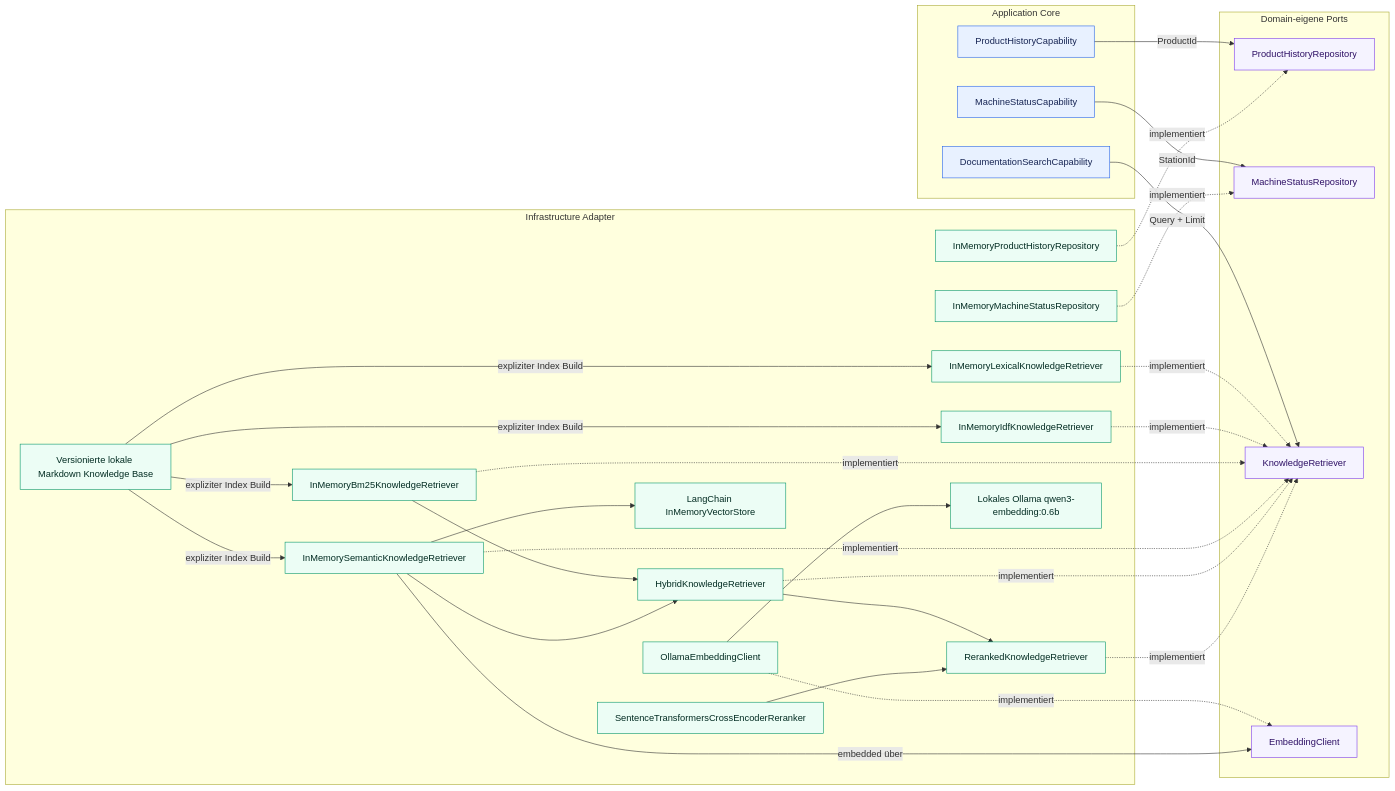
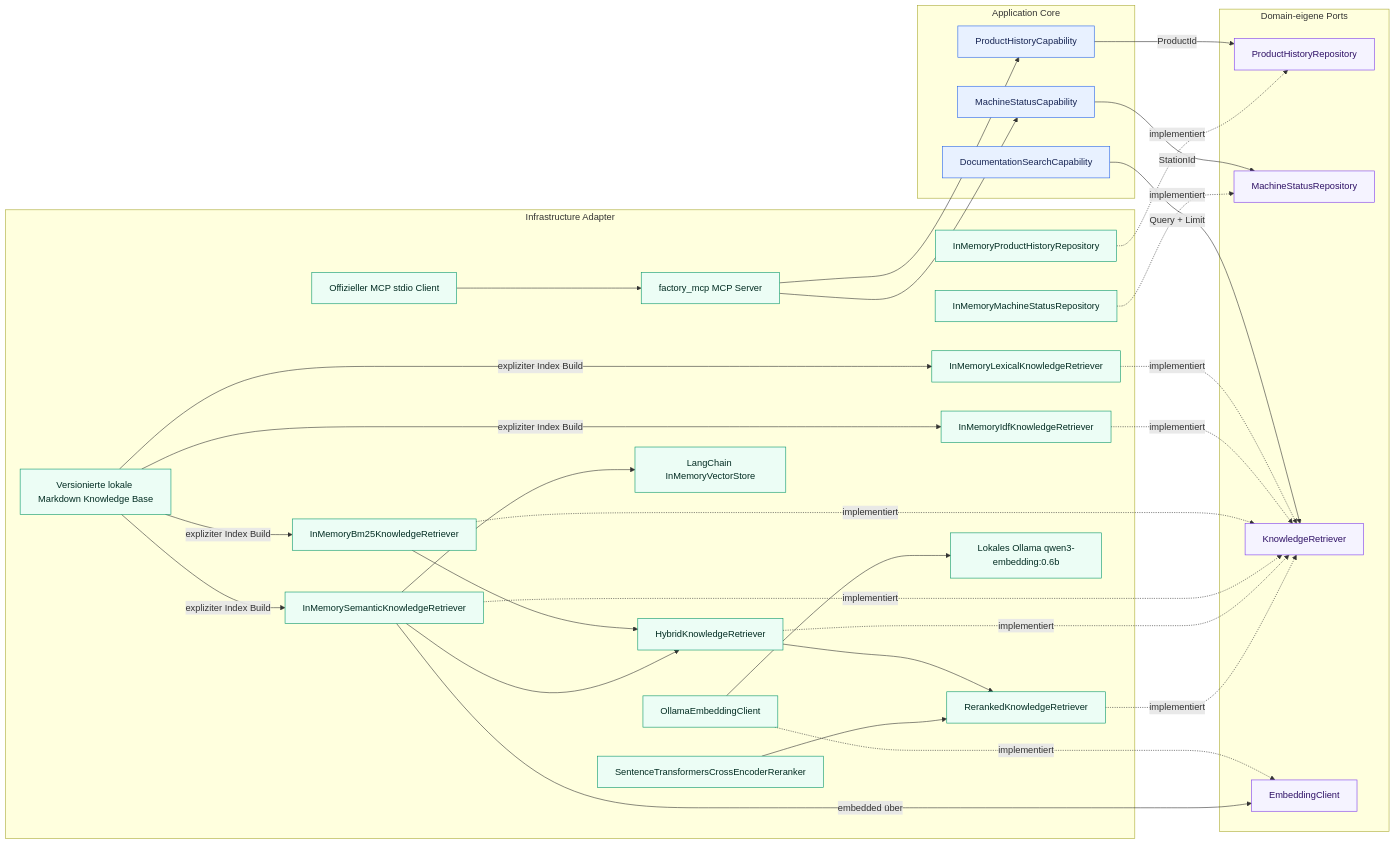
One commit to aboerzel/industrial-ai-agent changed the first of 11 diagrams in docs/architecture/overview.de.md. Above: the diagram before and after it, drawn with Mermaid. The commit also changed other lines of this file and 13 other files, not shown here.

Commit message:
feat: add MCP v2 factory server and tool discovery

````diff
--- a/docs/architecture/overview.de.md
+++ b/docs/architecture/overview.de.md
@@ -25,62 +29,67 @@
 ```mermaid
 flowchart LR
     subgraph Core["Application Core"]
         PHC["ProductHistoryCapability"]
         MSC["MachineStatusCapability"]
         DSC["DocumentationSearchCapability"]
     end
 
     subgraph Ports["Domain-eigene Ports"]
         PHR["ProductHistoryRepository"]
         MSR["MachineStatusRepository"]
         KR["KnowledgeRetriever"]
         EP["EmbeddingClient"]
     end
 
     subgraph Infrastructure["Infrastructure Adapter"]
         PHM["InMemoryProductHistoryRepository"]
         MSM["InMemoryMachineStatusRepository"]
         LKR["InMemoryLexicalKnowledgeRetriever"]
         IDF["InMemoryIdfKnowledgeRetriever"]
         BM25["InMemoryBm25KnowledgeRetriever"]
         SEM["InMemorySemanticKnowledgeRetriever"]
         HYB["HybridKnowledgeRetriever"]
         RER["RerankedKnowledgeRetriever"]
         CEP["SentenceTransformersCrossEncoderReranker"]
         OEC["OllamaEmbeddingClient"]
         VEC["LangChain InMemoryVectorStore"]
         KB["Versionierte lokale Markdown Knowledge Base"]
         OLLAMA["Lokales Ollama qwen3-embedding:0.6b"]
+        FMCP["factory_mcp MCP Server"]
+        MCPCLIENT["Offizieller MCP stdio Client"]
     end
 
     PHC -->|"ProductId"| PHR
     MSC -->|"StationId"| MSR
     DSC -->|"Query + Limit"| KR
     PHM -.->|"implementiert"| PHR
     MSM -.->|"implementiert"| MSR
     LKR -.->|"implementiert"| KR
     IDF -.->|"implementiert"| KR
     BM25 -.->|"implementiert"| KR
     SEM -.->|"implementiert"| KR
     HYB -.->|"implementiert"| KR
     RER -.->|"implementiert"| KR
     OEC -.->|"implementiert"| EP
     KB -->|"expliziter Index Build"| LKR
     KB -->|"expliziter Index Build"| IDF
     KB -->|"expliziter Index Build"| BM25
     KB -->|"expliziter Index Build"| SEM
     BM25 --> HYB
     SEM --> HYB
     HYB --> RER
     CEP --> RER
     SEM -->|"embedded über"| EP
     SEM --> VEC
     OEC --> OLLAMA
+    FMCP --> PHC
+    FMCP --> MSC
+    MCPCLIENT --> FMCP
 
     classDef core fill:#e8f1ff,stroke:#2563eb,color:#172554
     classDef port fill:#f5f3ff,stroke:#7c3aed,color:#2e1065
     classDef adapter fill:#ecfdf5,stroke:#059669,color:#022c22
     class PHC,MSC,DSC core
     class PHR,MSR,KR,EP port
-    class PHM,MSM,LKR,IDF,BM25,SEM,HYB,RER,CEP,OEC,VEC,KB,OLLAMA adapter
+    class PHM,MSM,LKR,IDF,BM25,SEM,HYB,RER,CEP,OEC,VEC,KB,OLLAMA,FMCP,MCPCLIENT adapter
 ```
````
